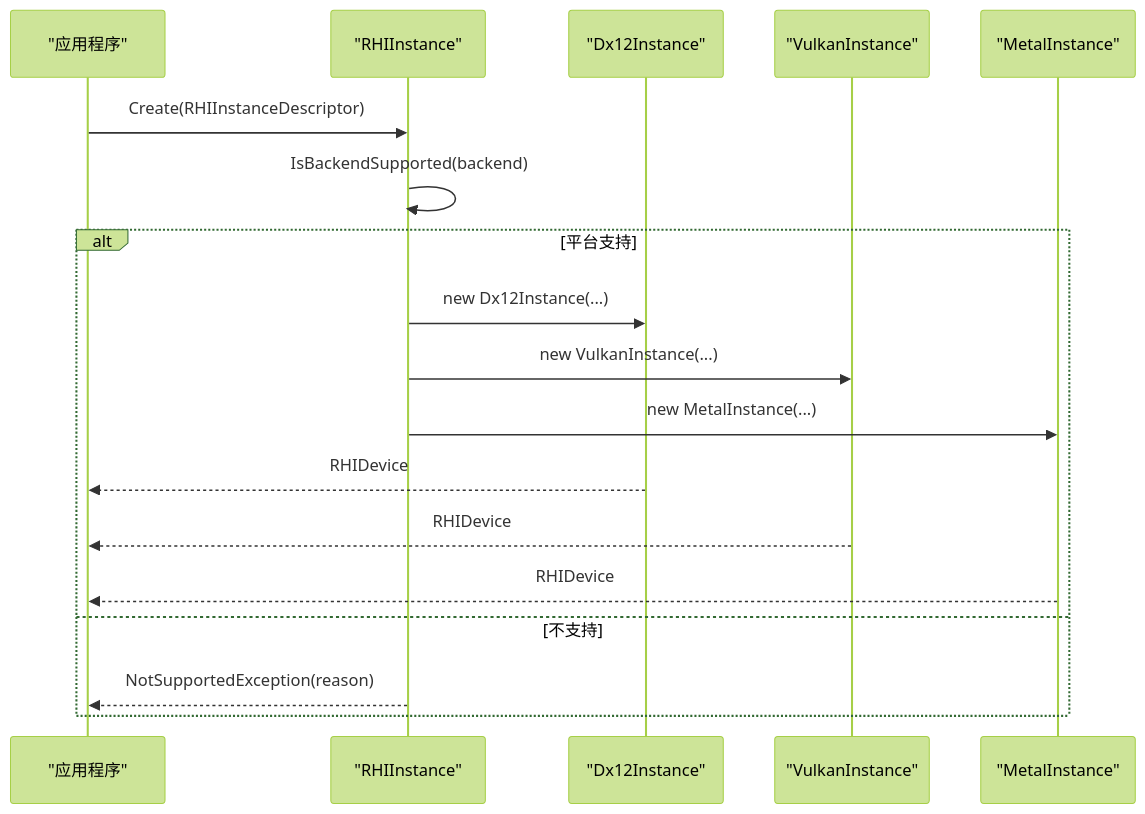
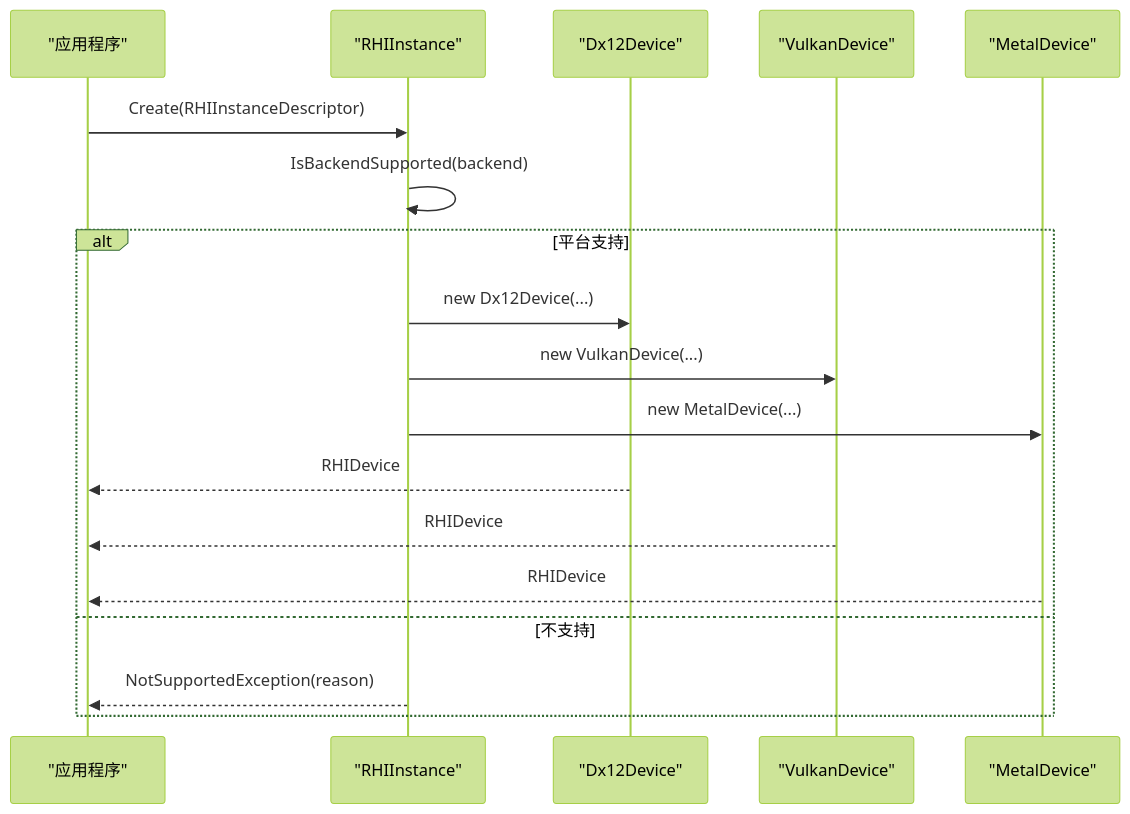
Before and after one commit to haolange/SharpGPU: the third of 6 diagrams in .qoder/repowiki/zh/content/项目概览/项目概览.md, drawn with Mermaid (forest theme). The commit also changed other lines of this file and 3 other files, not shown here.

````diff
--- a/.qoder/repowiki/zh/content/项目概览/项目概览.md
+++ b/.qoder/repowiki/zh/content/项目概览/项目概览.md
@@ -136,20 +168,20 @@
 ```mermaid
 sequenceDiagram
 participant App as "应用程序"
 participant Inst as "RHIInstance"
-participant DX as "Dx12Instance"
-participant VK as "VulkanInstance"
-participant MT as "MetalInstance"
+participant DX as "Dx12Device"
+participant VK as "VulkanDevice"
+participant MT as "MetalDevice"
 App->>Inst : Create(RHIInstanceDescriptor)
 Inst->>Inst : IsBackendSupported(backend)
 alt 平台支持
-Inst->>DX : new Dx12Instance(...)
-Inst->>VK : new VulkanInstance(...)
-Inst->>MT : new MetalInstance(...)
+Inst->>DX : new Dx12Device(...)
+Inst->>VK : new VulkanDevice(...)
+Inst->>MT : new MetalDevice(...)
 DX-->>App : RHIDevice
 VK-->>App : RHIDevice
 MT-->>App : RHIDevice
 else 不支持
 Inst-->>App : NotSupportedException(reason)
 end
 ```
````
